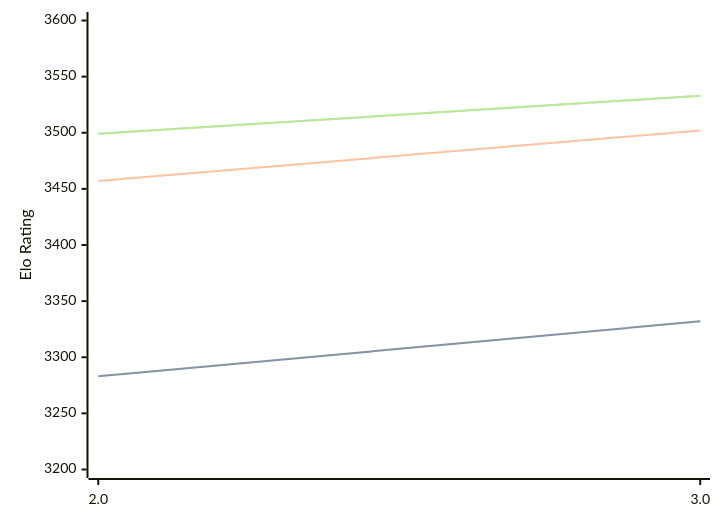
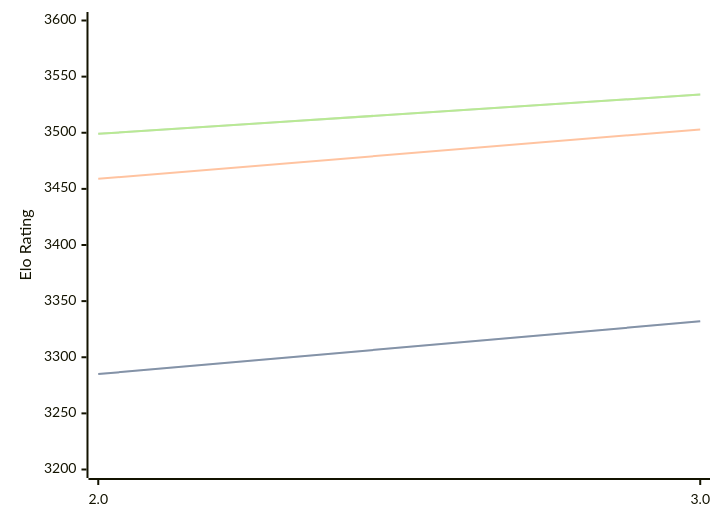
The diagram in engines/Quanticade.md (computer-chess-index/cci), drawn with Mermaid before and after one commit. The commit also changed other lines of this file, not shown here.

Commit message:
Update CCI Ratings (ELO VLTC) - 2026-07-23

````diff
--- a/engines/Quanticade.md
+++ b/engines/Quanticade.md
@@ -41,11 +41,11 @@
 ```mermaid
 %%{init: {"theme":"base","themeVariables":{"seriesColors:['#a3a3a3','#222221','#faa371']}}}%%
 xychart-beta
   x-axis ["2.0", "3.0"]
   y-axis "Elo Rating" 3200 --> 3600
-  line "STC (8.0+0.08s)" [3283, 3332]
-  line "STC (8.0+0.08s)" [3283, 3332]
-  line "LTC (60.0+0.60s)" [3457, 3502]
-  line "VLTC (2m24s+1.12s)" [3499, 3533]
-  line "VLTC (2m24s+1.12s)" [3499, 3533]
+  line "STC (8.0+0.08s)" [3285, 3332]
+  line "STC (8.0+0.08s)" [3285, 3332]
+  line "LTC (60.0+0.60s)" [3459, 3503]
+  line "VLTC (2m24s+1.12s)" [3499, 3534]
+  line "VLTC (2m24s+1.12s)" [3499, 3534]
 ```
````
